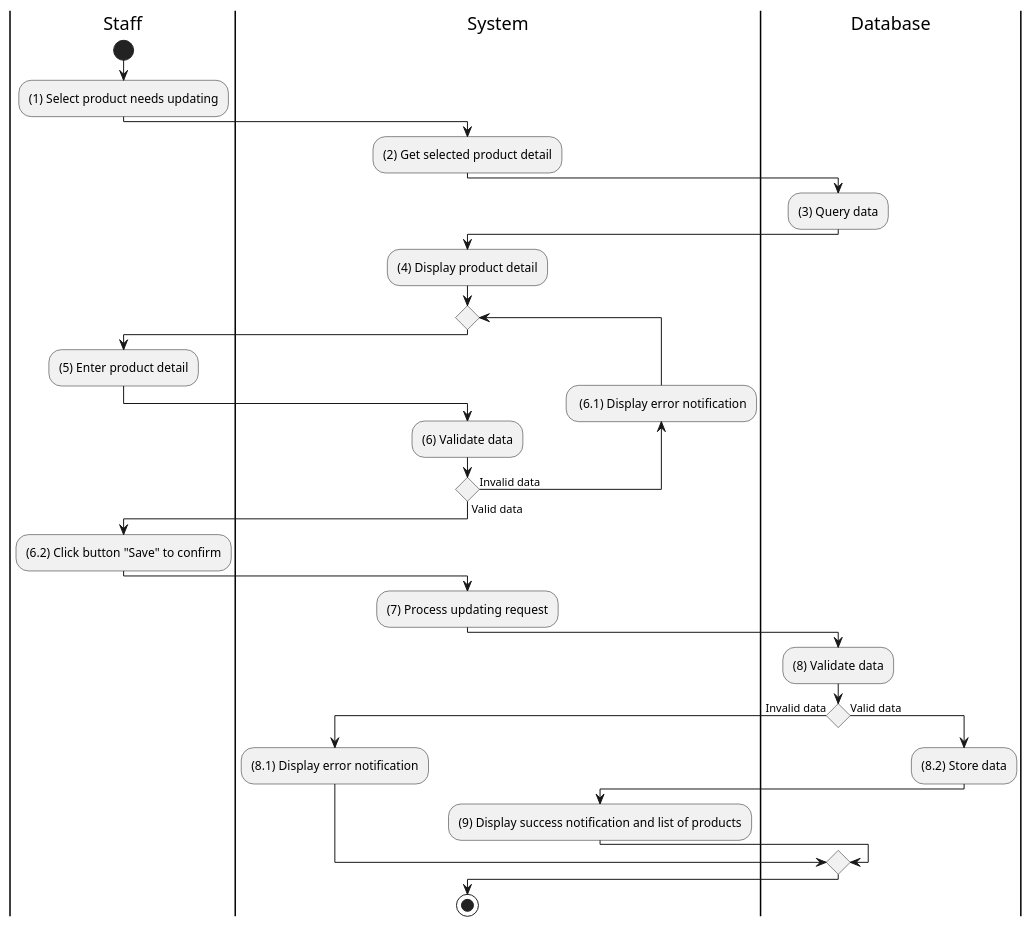
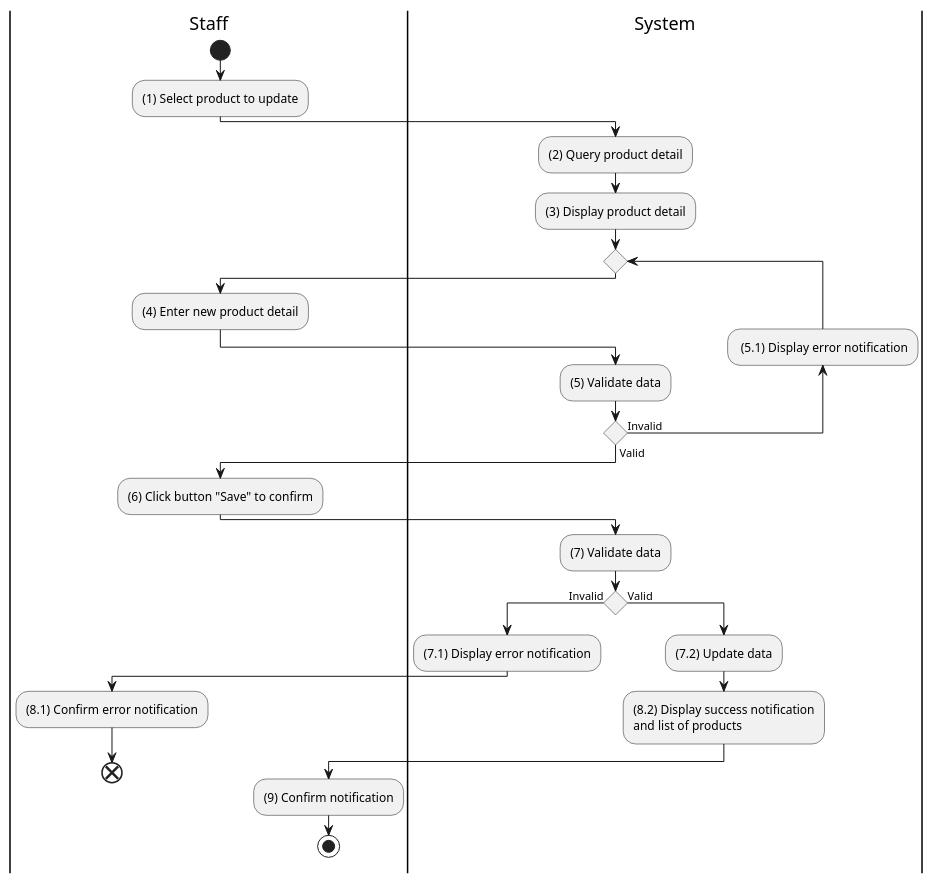
The diagram in docs/software-docs/activity/manage-product/update-product.md (electricilies/electricilies.github.io), drawn with PlantUML before and after one commit. The commit also changed 47 other files, not shown here.

````diff
--- a/docs/software-docs/activity/manage-product/update-product.md
+++ b/docs/software-docs/activity/manage-product/update-product.md
@@ -3,41 +3,38 @@
 ```plantuml
 @startuml
 |St|Staff
 |S|System
-|D|Database
 
 |St|
 start
-:(1) Select product needs updating;
+:(1) Select product to update;
 |S|
-:(2) Get selected product detail;
-|D|
-:(3) Query data;
-|S|
-:(4) Display product detail;
+:(2) Query product detail;
+:(3) Display product detail;
 repeat
   |St|
-  :(5) Enter product detail;
+  :(4) Enter new product detail;
   |S|
-  :(6) Validate data;
-backward: (6.1) Display error notification;
-repeat while () is (Invalid data) not (Valid data)
+  :(5) Validate data;
+backward: (5.1) Display error notification;
+repeat while () is (Invalid) not (Valid)
 |St|
-:(6.2) Click button "Save" to confirm;
+:(6) Click button "Save" to confirm;
 |S|
-:(7) Process updating request;
-|D|
-:(8) Validate data;
-if () then (Invalid data)
+:(7) Validate data;
+if () then (Invalid)
+  :(7.1) Display error notification;
+  |St|
+  :(8.1) Confirm error notification;
+  end
+else (Valid)
   |S|
-  :(8.1) Display error notification;
-else (Valid data)
-  |D|
-  :(8.2) Store data;
-  |S|
-  :(9) Display success notification and list of products;
+  :(7.2) Update data;
+  :(8.2) Display success notification 
+and list of products;
+  |St|
+  :(9) Confirm notification;
+  stop
 endif
-stop
-
 @enduml
 ```
````
